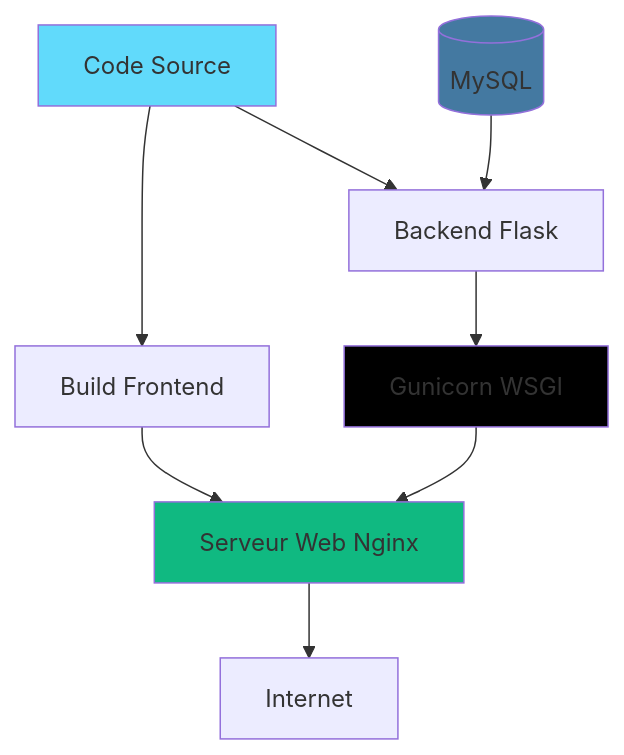
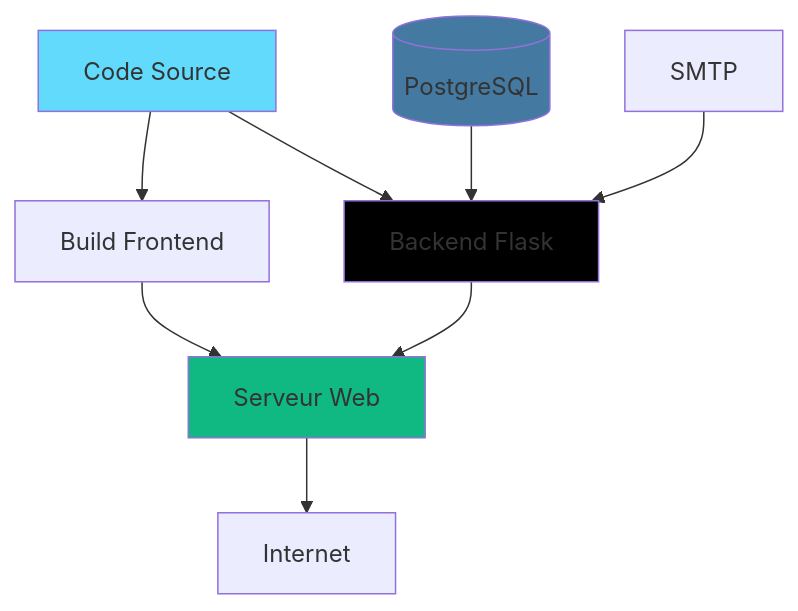
Before and after one commit to TISEPSE/Documentation-BBC: the diagram in docs/deployment.md, drawn with Mermaid. The commit also changed other lines of this file and 10 other files, not shown here.

````diff
--- a/docs/deployment.md
+++ b/docs/deployment.md
@@ -7,15 +9,15 @@
 ```mermaid
 graph TB
     A[Code Source] --> B[Build Frontend]
     A --> C[Backend Flask]
-    B --> D[Serveur Web Nginx]
-    C --> E[Gunicorn WSGI]
-    E --> D
+    B --> D[Serveur Web]
+    C --> D
     D --> F[Internet]
-    G[(MySQL)] --> C
+    G[(PostgreSQL)] --> C
+    H[SMTP] --> C
 
     style A fill:#61dafb
     style D fill:#10b981
-    style E fill:#000
+    style C fill:#000
     style G fill:#4479a1
 ```
````
